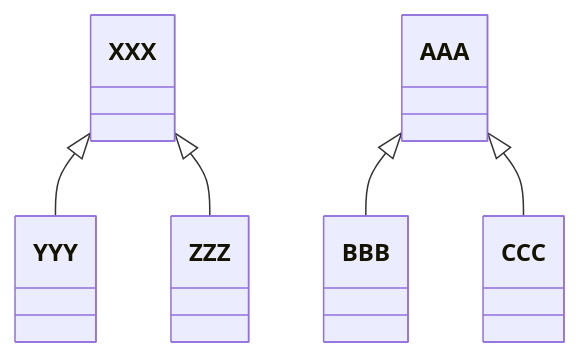
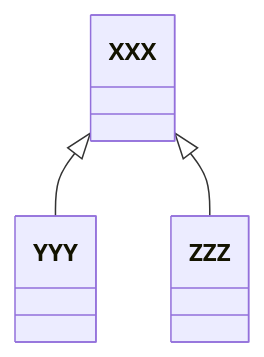
One commit to hirohitokato/DesigningKatas changed the diagram in 01-basics/12-abstraction.md. Above: the diagram before and after it, drawn with Mermaid. The commit also changed other lines of this file, not shown here.

```diff
--- a/01-basics/12-abstraction.md
+++ b/01-basics/12-abstraction.md
@@ -47,15 +56,9 @@
 <div class="mermaid">
 classDiagram
     XXX <|-- YYY
     XXX <|-- ZZZ
     class YYY{
     }
     class ZZZ{
     }
-    AAA <|-- BBB
-    AAA <|-- CCC
-    class BBB{
-    }
-    class CCC{
-    }
 </div>
```
